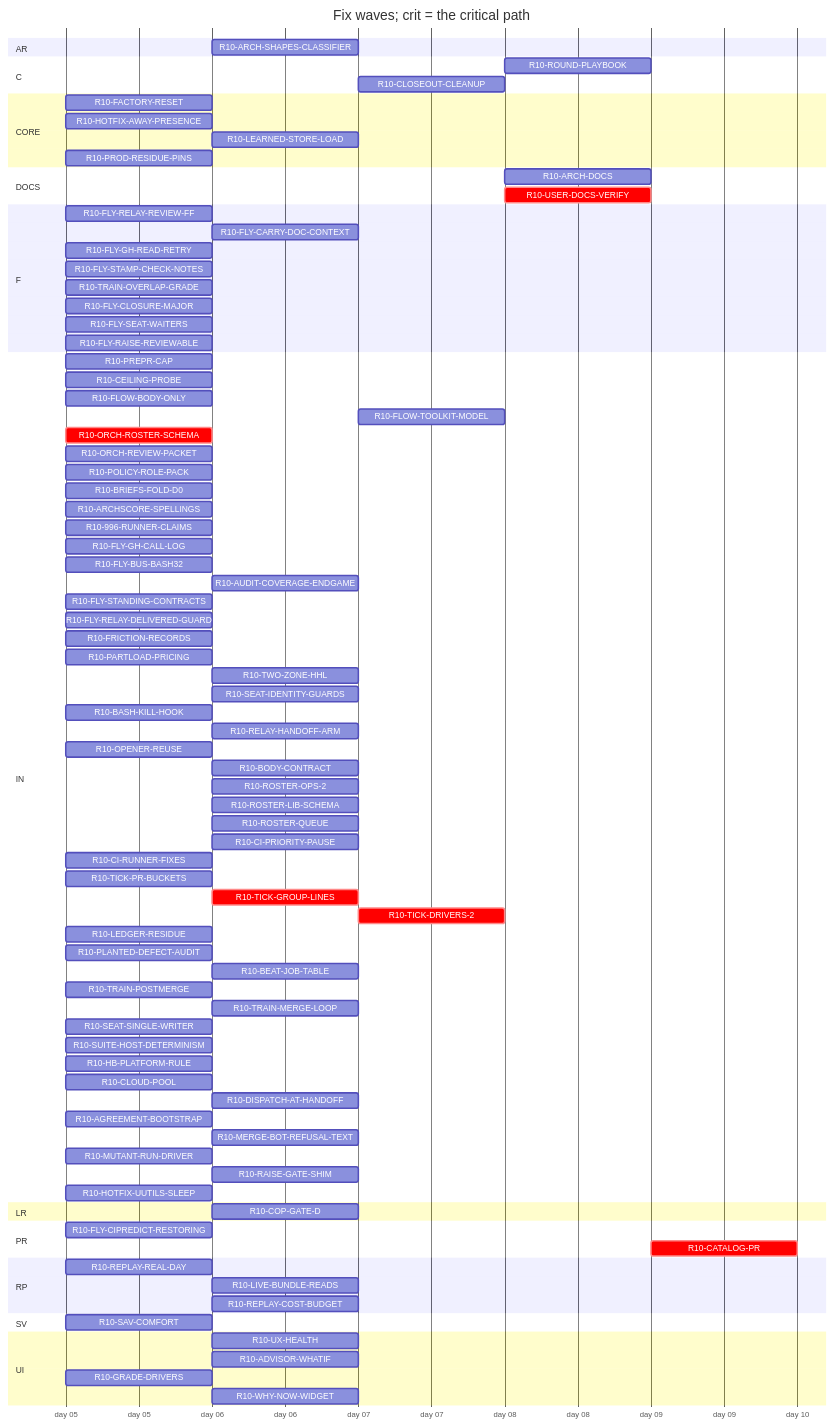
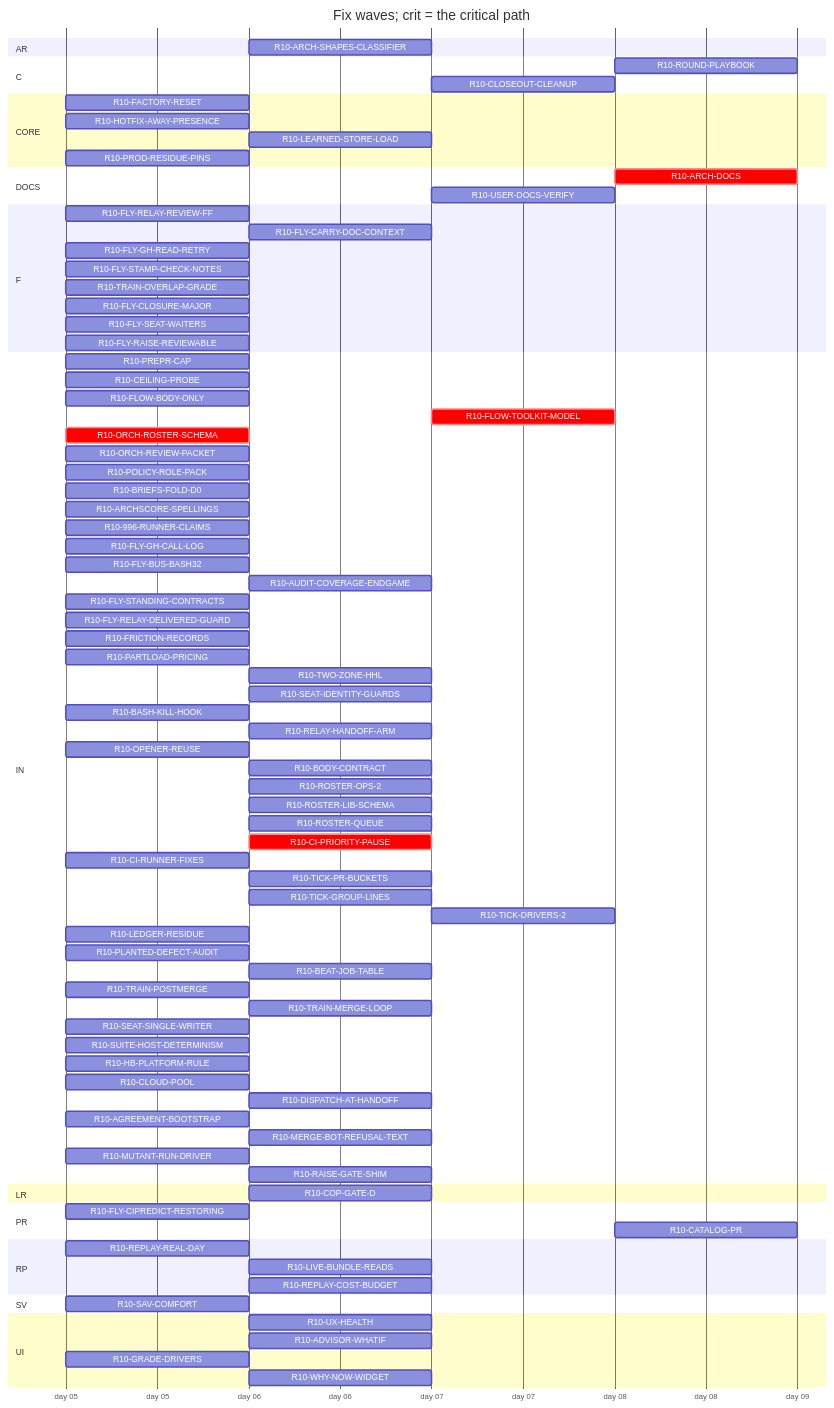
Before and after one commit to tvofi/heatpump_optimizer: the diagram in handoff/round10/state/PLAN-TABLE.md, drawn with Mermaid. The commit also changed other lines of this file and 3 other files, not shown here.

Commit message:
state: FLOW-BOARD.md, NEXT-SESSION-PROMPT.md, PLAN-TABLE.md, RESUME-CURRENT.md regenerated (state_docs.py)

```diff
--- a/handoff/round10/state/PLAN-TABLE.md
+++ b/handoff/round10/state/PLAN-TABLE.md
@@ -37,8 +37,8 @@
     R10-LEARNED-STORE-LOAD :r10LEARNEDSTORELOAD, after r10FACTORYRESET, 1d
     R10-PROD-RESIDUE-PINS :r10PRODRESIDUEPINS, 2026-01-05, 1d
   section DOCS
-    R10-ARCH-DOCS :r10ARCHDOCS, after r10UXHEALTH r10SAVCOMFORT r10CEILINGPROBE r10FLOWBODYONLY r10FLYRELAYREVIEWFF r10FLYCARRYDOCCONTEXT r10FLOWTOOLKITMODEL r10FLYSTAMPCHECKNOTES r10TRAINOVERLAPGRADE r10ORCHROSTERSCHEMA r10ORCHREVIEWPACKET r10POLICYROLEPACK r10BRIEFSFOLDD0 r10REPLAYREALDAY r10ARCHSCORESPELLINGS r10FRICTIONRECORDS r10COPGATED r10GRADEDRIVERS r10PARTLOADPRICING r10TWOZONEHHL r10SEATIDENTITYGUARDS r10BASHKILLHOOK r10RELAYHANDOFFARM r10OPENERREUSE r10BODYCONTRACT r10ROSTEROPS2 r10ROSTERLIBSCHEMA r10ROSTERQUEUE r10CIPRIORITYPAUSE r10CIRUNNERFIXES r10TICKPRBUCKETS r10TICKGROUPLINES r10TICKDRIVERS2 r10LEDGERRESIDUE r10PLANTEDDEFECTAUDIT r10BEATJOBTABLE r10TRAINPOSTMERGE r10TRAINMERGELOOP r10SEATSINGLEWRITER r10SUITEHOSTDETERMINISM r10HBPLATFORMRULE r10CLOUDPOOL r10DISPATCHATHANDOFF r10AGREEMENTBOOTSTRAP r10MERGEBOTREFUSALTEXT r10MUTANTRUNDRIVER r10RAISEGATESHIM r10LIVEBUNDLEREADS r10REPLAYCOSTBUDGET, 1d
-    R10-USER-DOCS-VERIFY :crit, r10USERDOCSVERIFY, after r10UXHEALTH r10SAVCOMFORT r10CEILINGPROBE r10FACTORYRESET r10ARCHSHAPESCLASSIFIER r10HOTFIXAWAYPRESENCE r10FRICTIONRECORDS r10COPGATED r10GRADEDRIVERS r10PARTLOADPRICING r10TWOZONEHHL r10SEATIDENTITYGUARDS r10BASHKILLHOOK r10RELAYHANDOFFARM r10OPENERREUSE r10BODYCONTRACT r10ROSTEROPS2 r10ROSTERLIBSCHEMA r10ROSTERQUEUE r10CIPRIORITYPAUSE r10CIRUNNERFIXES r10TICKPRBUCKETS r10TICKGROUPLINES r10TICKDRIVERS2 r10LEDGERRESIDUE r10PLANTEDDEFECTAUDIT r10BEATJOBTABLE r10TRAINPOSTMERGE r10TRAINMERGELOOP r10SEATSINGLEWRITER r10SUITEHOSTDETERMINISM r10HBPLATFORMRULE r10CLOUDPOOL r10DISPATCHATHANDOFF r10AGREEMENTBOOTSTRAP r10MERGEBOTREFUSALTEXT r10MUTANTRUNDRIVER r10RAISEGATESHIM r10LIVEBUNDLEREADS r10REPLAYCOSTBUDGET, 1d
+    R10-ARCH-DOCS :crit, r10ARCHDOCS, after r10UXHEALTH r10SAVCOMFORT r10CEILINGPROBE r10FLOWBODYONLY r10FLYRELAYREVIEWFF r10FLYCARRYDOCCONTEXT r10FLOWTOOLKITMODEL r10FLYSTAMPCHECKNOTES r10TRAINOVERLAPGRADE r10ORCHROSTERSCHEMA r10ORCHREVIEWPACKET r10POLICYROLEPACK r10BRIEFSFOLDD0 r10REPLAYREALDAY r10ARCHSCORESPELLINGS r10FRICTIONRECORDS r10COPGATED r10GRADEDRIVERS r10PARTLOADPRICING r10TWOZONEHHL r10SEATIDENTITYGUARDS r10BASHKILLHOOK r10RELAYHANDOFFARM r10OPENERREUSE r10BODYCONTRACT r10ROSTEROPS2 r10ROSTERLIBSCHEMA r10ROSTERQUEUE r10CIPRIORITYPAUSE r10CIRUNNERFIXES r10TICKPRBUCKETS r10TICKGROUPLINES r10TICKDRIVERS2 r10LEDGERRESIDUE r10PLANTEDDEFECTAUDIT r10BEATJOBTABLE r10TRAINPOSTMERGE r10TRAINMERGELOOP r10SEATSINGLEWRITER r10SUITEHOSTDETERMINISM r10HBPLATFORMRULE r10CLOUDPOOL r10DISPATCHATHANDOFF r10AGREEMENTBOOTSTRAP r10MERGEBOTREFUSALTEXT r10MUTANTRUNDRIVER r10RAISEGATESHIM r10LIVEBUNDLEREADS r10REPLAYCOSTBUDGET, 1d
+    R10-USER-DOCS-VERIFY :r10USERDOCSVERIFY, after r10UXHEALTH r10SAVCOMFORT r10CEILINGPROBE r10FACTORYRESET r10ARCHSHAPESCLASSIFIER r10HOTFIXAWAYPRESENCE r10FRICTIONRECORDS r10COPGATED r10GRADEDRIVERS r10PARTLOADPRICING r10TWOZONEHHL r10LIVEBUNDLEREADS r10WHYNOWWIDGET r10ADVISORWHATIF r10LEARNEDSTORELOAD, 1d
   section F
     R10-FLY-RELAY-REVIEW-FF :r10FLYRELAYREVIEWFF, 2026-01-05, 1d
     R10-FLY-CARRY-DOC-CONTEXT :r10FLYCARRYDOCCONTEXT, after r10FLYGHREADRETRY, 1d
@@ -52,7 +52,7 @@
     R10-PREPR-CAP :r10PREPRCAP, 2026-01-05, 1d
     R10-CEILING-PROBE :r10CEILINGPROBE, 2026-01-05, 1d
     R10-FLOW-BODY-ONLY :r10FLOWBODYONLY, 2026-01-05, 1d
-    R10-FLOW-TOOLKIT-MODEL :r10FLOWTOOLKITMODEL, after r10CIPRIORITYPAUSE, 1d
+    R10-FLOW-TOOLKIT-MODEL :crit, r10FLOWTOOLKITMODEL, after r10CIPRIORITYPAUSE, 1d
     R10-ORCH-ROSTER-SCHEMA :crit, r10ORCHROSTERSCHEMA, 2026-01-05, 1d
     R10-ORCH-REVIEW-PACKET :r10ORCHREVIEWPACKET, 2026-01-05, 1d
     R10-POLICY-ROLE-PACK :r10POLICYROLEPACK, 2026-01-05, 1d
@@ -75,11 +75,11 @@
     R10-ROSTER-OPS-2 :r10ROSTEROPS2, after r10ORCHROSTERSCHEMA, 1d
     R10-ROSTER-LIB-SCHEMA :r10ROSTERLIBSCHEMA, after r10ORCHROSTERSCHEMA, 1d
     R10-ROSTER-QUEUE :r10ROSTERQUEUE, after r10ORCHROSTERSCHEMA, 1d
-    R10-CI-PRIORITY-PAUSE :r10CIPRIORITYPAUSE, after r10ORCHROSTERSCHEMA, 1d
+    R10-CI-PRIORITY-PAUSE :crit, r10CIPRIORITYPAUSE, after r10ORCHROSTERSCHEMA, 1d
     R10-CI-RUNNER-FIXES :r10CIRUNNERFIXES, 2026-01-05, 1d
-    R10-TICK-PR-BUCKETS :r10TICKPRBUCKETS, 2026-01-05, 1d
-    R10-TICK-GROUP-LINES :crit, r10TICKGROUPLINES, after r10ORCHROSTERSCHEMA, 1d
-    R10-TICK-DRIVERS-2 :crit, r10TICKDRIVERS2, after r10TICKGROUPLINES, 1d
+    R10-TICK-PR-BUCKETS :r10TICKPRBUCKETS, after r10MUTANTRUNDRIVER, 1d
+    R10-TICK-GROUP-LINES :r10TICKGROUPLINES, after r10ORCHROSTERSCHEMA, 1d
+    R10-TICK-DRIVERS-2 :r10TICKDRIVERS2, after r10TICKGROUPLINES, 1d
     R10-LEDGER-RESIDUE :r10LEDGERRESIDUE, 2026-01-05, 1d
     R10-PLANTED-DEFECT-AUDIT :r10PLANTEDDEFECTAUDIT, 2026-01-05, 1d
     R10-BEAT-JOB-TABLE :r10BEATJOBTABLE, after r10FLYSTANDINGCONTRACTS, 1d
@@ -94,12 +94,11 @@
     R10-MERGE-BOT-REFUSAL-TEXT :r10MERGEBOTREFUSALTEXT, after r10996RUNNERCLAIMS, 1d
     R10-MUTANT-RUN-DRIVER :r10MUTANTRUNDRIVER, 2026-01-05, 1d
     R10-RAISE-GATE-SHIM :r10RAISEGATESHIM, after r10FLYGHCALLLOG, 1d
-    R10-HOTFIX-UUTILS-SLEEP :r10HOTFIXUUTILSSLEEP, 2026-01-05, 1d
   section LR
     R10-COP-GATE-D :r10COPGATED, after r10CEILINGPROBE, 1d
   section PR
     R10-FLY-CIPREDICT-RESTORING :r10FLYCIPREDICTRESTORING, 2026-01-05, 1d
-    R10-CATALOG-PR :crit, r10CATALOGPR, after r10USERDOCSVERIFY r10AUDITCOVERAGEENDGAME, 1d
+    R10-CATALOG-PR :r10CATALOGPR, after r10USERDOCSVERIFY r10AUDITCOVERAGEENDGAME, 1d
   section RP
     R10-REPLAY-REAL-DAY :r10REPLAYREALDAY, 2026-01-05, 1d
     R10-LIVE-BUNDLE-READS :r10LIVEBUNDLEREADS, after r10REPLAYREALDAY, 1d
```
